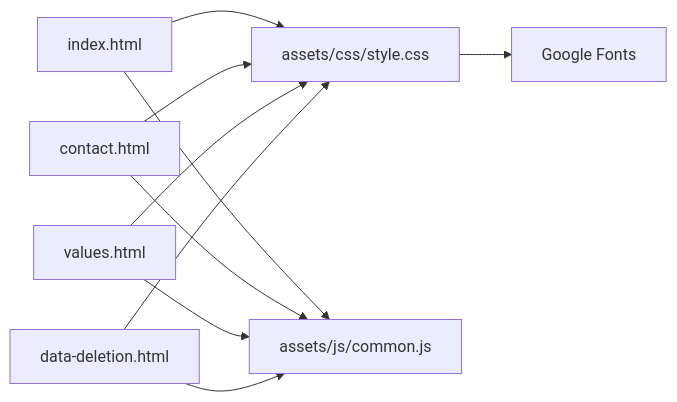
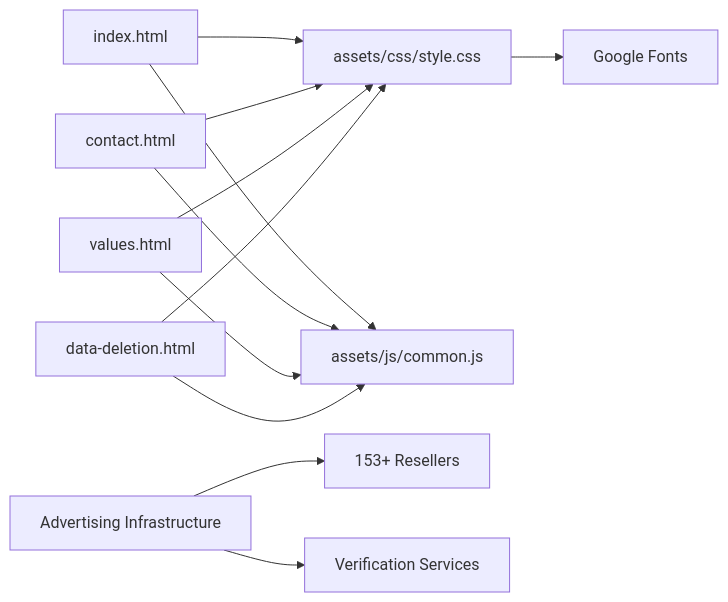
The third of 3 diagrams in .qoder/repowiki/en/content/Deployment and Maintenance.md (MimiGamesDev/mimigames-website), drawn with Mermaid before and after one commit. The commit also changed other lines of this file and 2 other files, not shown here.

````diff
--- a/.qoder/repowiki/en/content/Deployment and Maintenance.md
+++ b/.qoder/repowiki/en/content/Deployment and Maintenance.md
@@ -272,12 +338,14 @@
 ```mermaid
 graph LR
 IDX["index.html"] --> CSS["assets/css/style.css"]
 IDX --> JS["assets/js/common.js"]
 CONTACT["contact.html"] --> CSS
 CONTACT --> JS
 VALUES["values.html"] --> CSS
 VALUES --> JS
 DATADEL["data-deletion.html"] --> CSS
 DATADEL --> JS
 CSS --> FONTS["Google Fonts"]
+ADINFRA["Advertising Infrastructure"] --> ADRES["153+ Resellers"]
+ADINFRA --> ADVER["Verification Services"]
 ```
````
